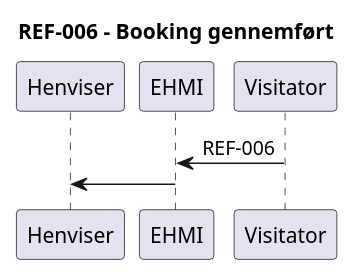
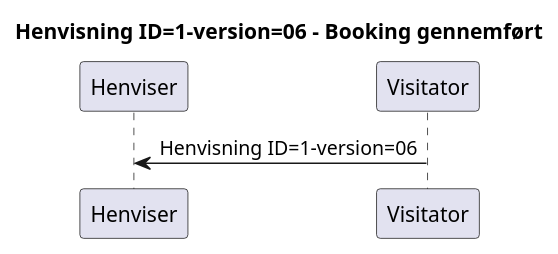
One commit to medcomdk/dk-medcom-ref-lm changed the sixth of 12 diagrams in input/plantuml/fhir-henvisning-messaging.puml. Above: the diagram before and after it, drawn with PlantUML. The commit also changed other lines of this file and 15 other files, not shown here.

```diff
--- a/input/plantuml/fhir-henvisning-messaging.puml
+++ b/input/plantuml/fhir-henvisning-messaging.puml
@@ -51,9 +61,9 @@
 @startuml
 
- title REF-006 - Booking gennemført
+ title Henvisning ID=1-version=06 - Booking gennemført
  participant Henviser
- participant EHMI
  participant Visitator
-Visitator -> EHMI : REF-006
-EHMI -> Henviser
+
+Visitator -> Henviser : Henvisning ID=1-version=06
+
 @enduml
```
